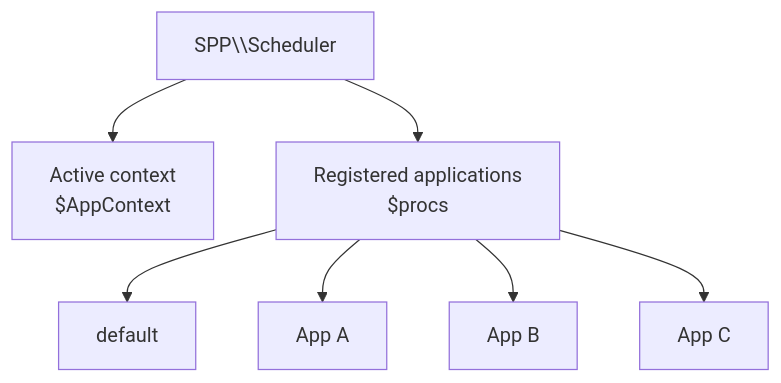
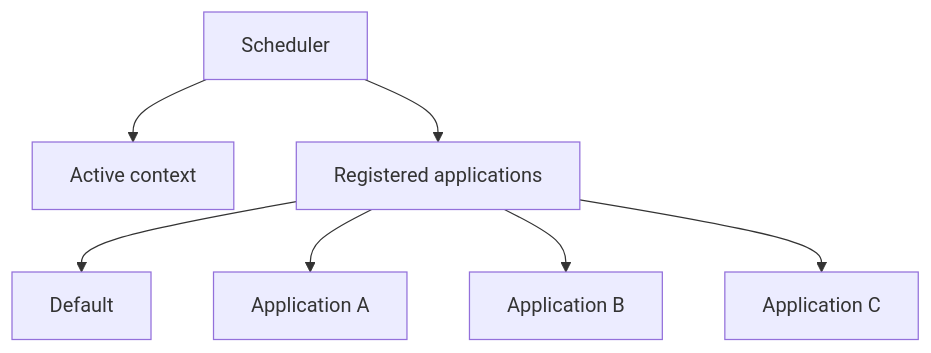
The first of 3 diagrams in documentation/handbook/02-kernel-scheduler.md (shuklasp/spp), drawn with Mermaid before and after one commit. The commit also changed other lines of this file, not shown here.

Commit message:
docs(handbook): fix scheduler mermaid diagrams

````diff
--- a/documentation/handbook/02-kernel-scheduler.md
+++ b/documentation/handbook/02-kernel-scheduler.md
@@ -13,9 +13,9 @@
 ```mermaid
 flowchart TB
-    S[SPP\\Scheduler] --> A[Active context\n$AppContext]
-    S --> P[Registered applications\n$procs]
-    P --> D[default]
-    P --> B[App A]
-    P --> C[App B]
-    P --> E[App C]
+    S[Scheduler] --> A[Active context]
+    S --> P[Registered applications]
+    P --> D[Default]
+    P --> B[Application A]
+    P --> C[Application B]
+    P --> E[Application C]
 ```
````
